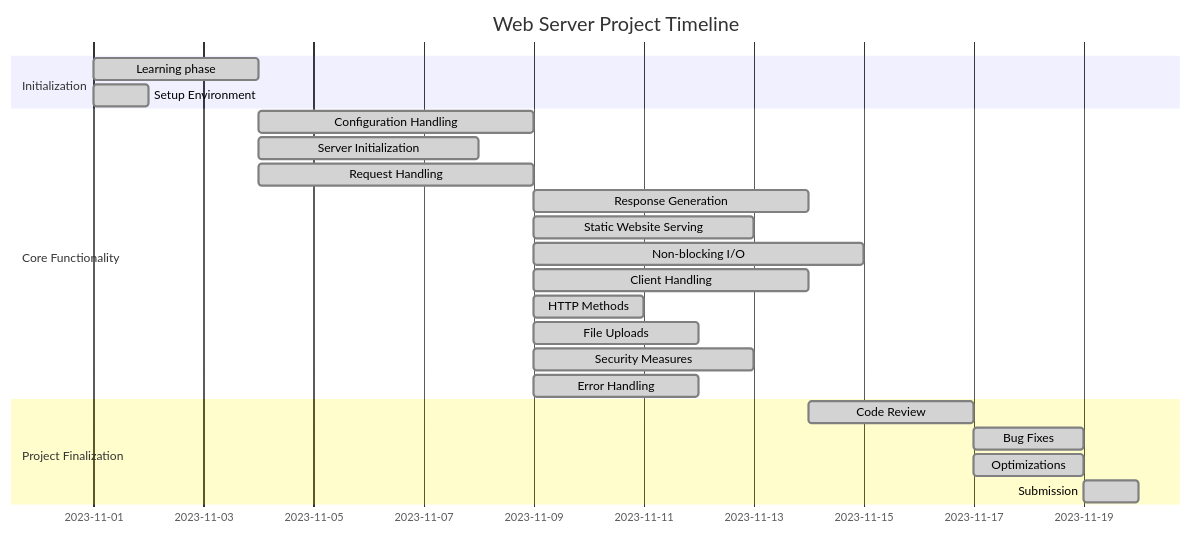
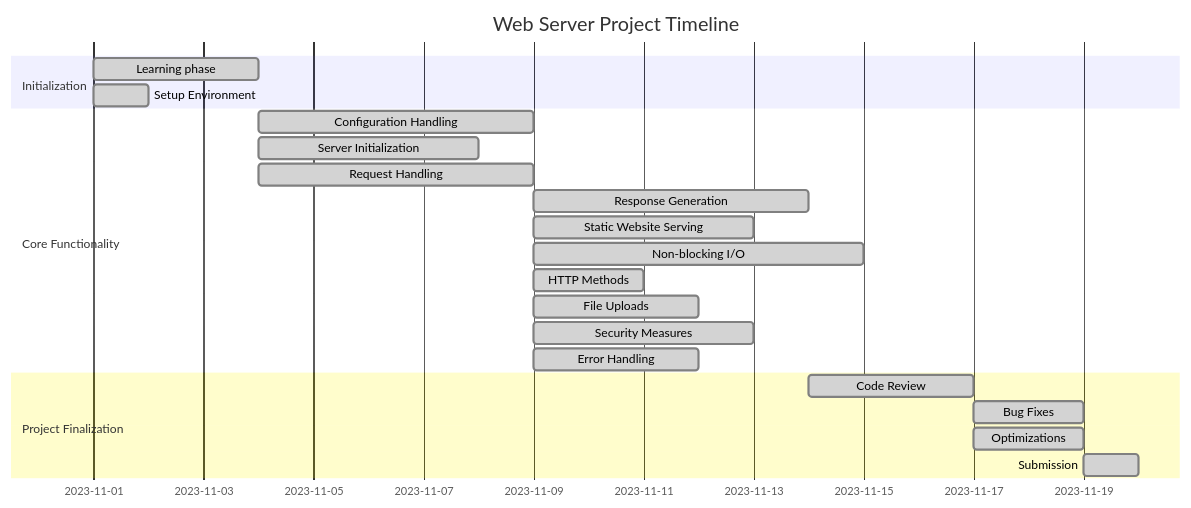
The diagram in README.md (42-teamprojects/42-WebServ), drawn with Mermaid before and after one commit.

````diff
--- a/README.md
+++ b/README.md
@@ -3,28 +3,27 @@
 ```mermaid
 gantt
   title Web Server Project Timeline
 
   section Initialization
     Learning phase: done, des1, 2023-11-01, 3d
     Setup Environment: done, des2, 2023-11-01, 1d
 
   section Core Functionality
     Configuration Handling: done, des4, after des1, 5d
     Server Initialization: done, des5, after des1, 4d
     Request Handling: done, des6, after des1, 5d
     Response Generation: done, des7, after des6, 5d
     Static Website Serving: done, des8, after des6, 4d
     Non-blocking I/O: done, des9, after des6, 6d
-    Client Handling: done, des10, after des6, 5d
     HTTP Methods: done, des11, after des6, 2d
     File Uploads: done, des12, after des6, 3d
     Security Measures: done, des13, after des6, 4d
     Error Handling: done, des14, after des6, 3d
 
   section Project Finalization
     Code Review: done, des15, after des7, 3d
     Bug Fixes: done, des16, after des15, 2d
     Optimizations: done, des17, after des15, 2d
     Submission: done, des19, after des17, 1d
 
 ```
````
